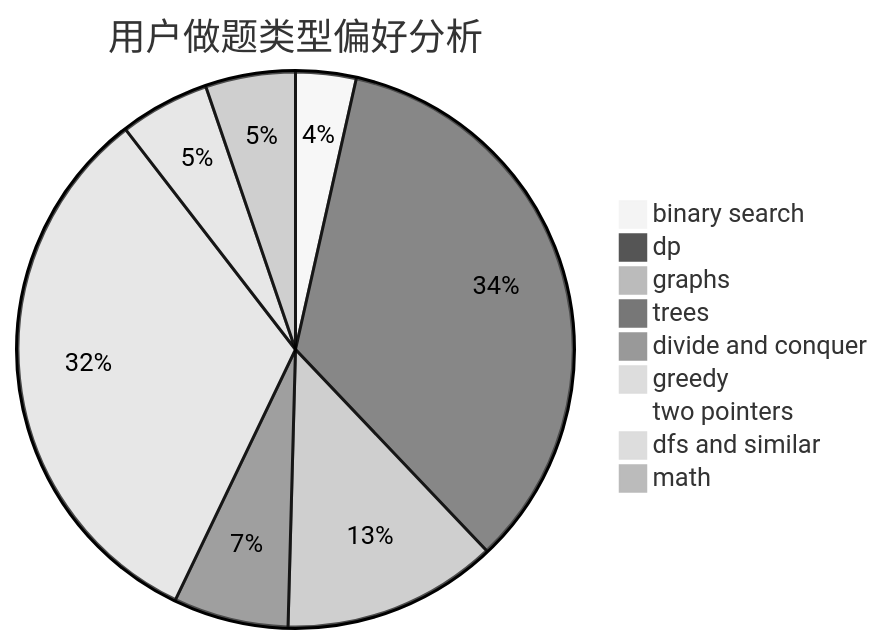
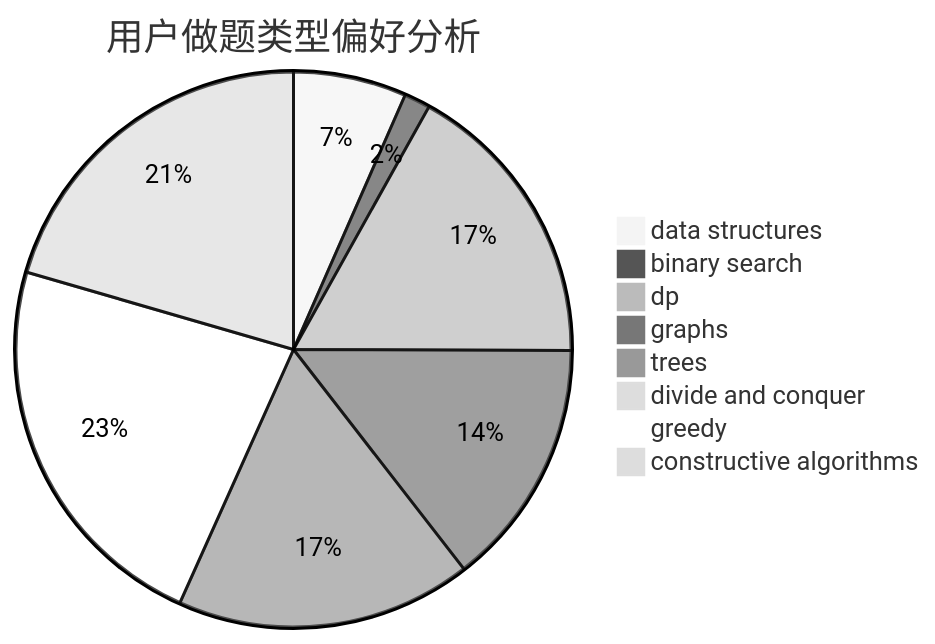
Before and after one commit to sherpahu/cfrs.github.io: the second of 3 diagrams in docs/user/u99.md, drawn with Mermaid (neutral theme). The commit also changed other lines of this file and 2775 other files, not shown here.

````diff
--- a/docs/user/u99.md
+++ b/docs/user/u99.md
@@ -23,12 +23,11 @@
 ```mermaid
 pie title 用户做题类型偏好分析
-    "binary search" :  41
-    "dp" :  401
-    "graphs" :  146
-    "trees" :  78
+    "data structures" :  26
+    "binary search" :  6
+    "dp" :  67
+    "graphs" :  57
+    "trees" :  68
     "divide and conquer" :  0
-    "greedy" :  378
-    "two pointers" :  1
-    "dfs and similar" :  61
-    "math" :  61
+    "greedy" :  90
+    "constructive algorithms" :  81
 ```
````
